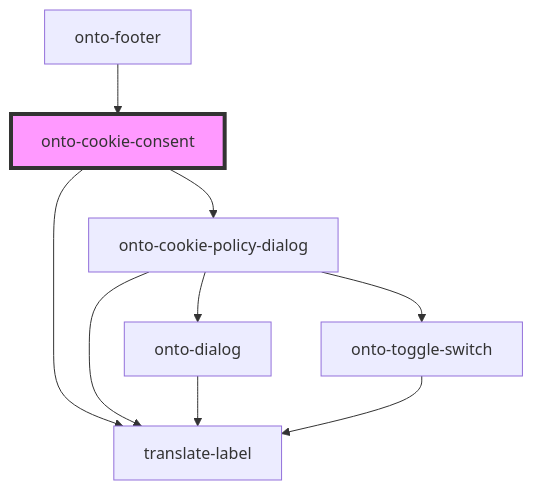
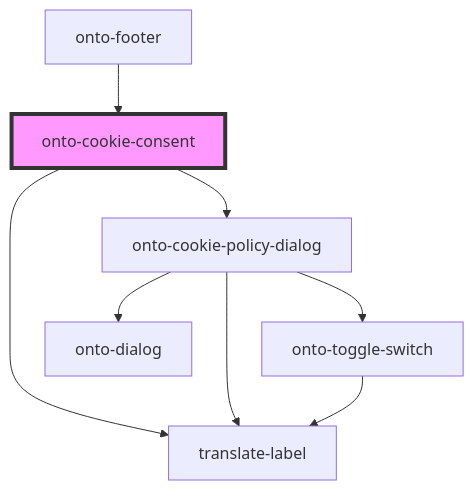
One commit to Ontotext-AD/graphdb-workbench changed the diagram in packages/shared-components/src/components/onto-cookie-consent/readme.md. Above: the diagram before and after it, drawn with Mermaid. The commit also changed 102 other files, not shown here.

````diff
--- a/packages/shared-components/src/components/onto-cookie-consent/readme.md
+++ b/packages/shared-components/src/components/onto-cookie-consent/readme.md
@@ -32,12 +32,11 @@
 ```mermaid
 graph TD;
   onto-cookie-consent --> translate-label
   onto-cookie-consent --> onto-cookie-policy-dialog
   onto-cookie-policy-dialog --> onto-dialog
   onto-cookie-policy-dialog --> translate-label
   onto-cookie-policy-dialog --> onto-toggle-switch
-  onto-dialog --> translate-label
   onto-toggle-switch --> translate-label
   onto-footer --> onto-cookie-consent
   style onto-cookie-consent fill:#f9f,stroke:#333,stroke-width:4px
 ```
````
